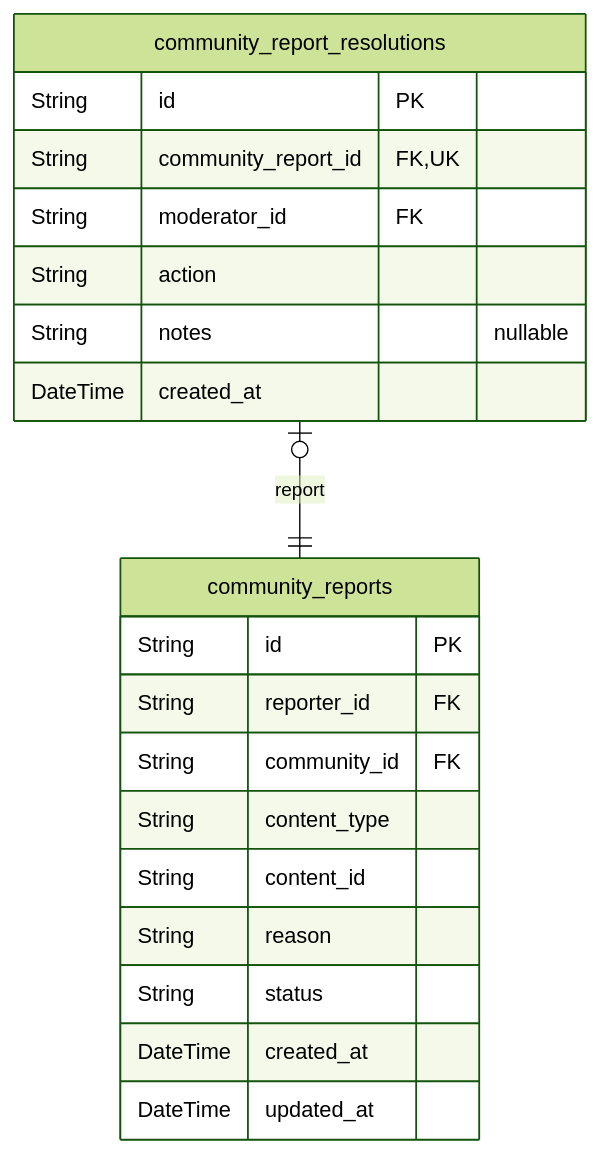
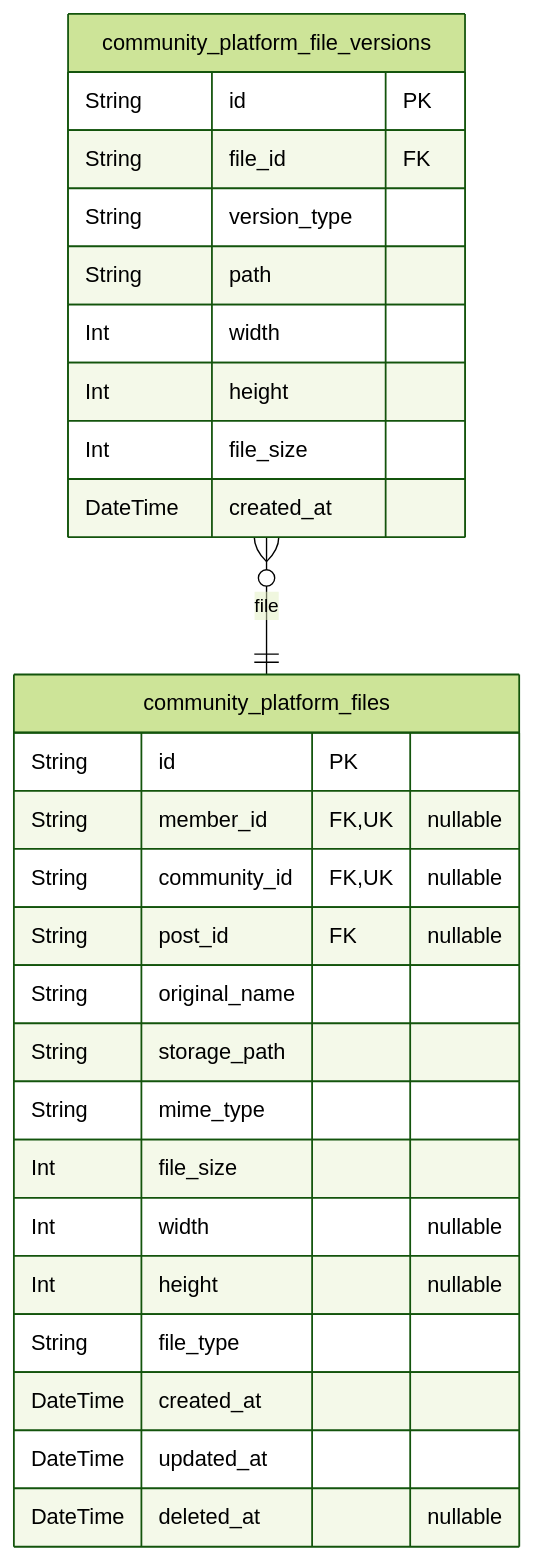
One commit to wrtnlabs/autobe-examples changed the eighth of 8 diagrams in z-ai/glm-5/reddit/docs/ERD.md. Above: the diagram before and after it, drawn with Mermaid (forest theme). The commit also changed other lines of this file and 17098 other files, not shown here.

````diff
--- a/z-ai/glm-5/reddit/docs/ERD.md
+++ b/z-ai/glm-5/reddit/docs/ERD.md
@@ -1254,23 +984,30 @@
 ```mermaid
 erDiagram
-"community_reports" {
+"community_platform_files" {
   String id PK
-  String reporter_id FK
-  String community_id FK
-  String content_type
-  String content_id
-  String reason
-  String status
+  String member_id FK,UK "nullable"
+  String community_id FK,UK "nullable"
+  String post_id FK "nullable"
+  String original_name
+  String storage_path
+  String mime_type
+  Int file_size
+  Int width "nullable"
+  Int height "nullable"
+  String file_type
   DateTime created_at
   DateTime updated_at
+  DateTime deleted_at "nullable"
 }
-"community_report_resolutions" {
+"community_platform_file_versions" {
   String id PK
-  String community_report_id FK,UK
-  String moderator_id FK
-  String action
-  String notes "nullable"
+  String file_id FK
+  String version_type
+  String path
+  Int width
+  Int height
+  Int file_size
   DateTime created_at
 }
-"community_report_resolutions" |o--|| "community_reports" : report
+"community_platform_file_versions" }o--|| "community_platform_files" : file
 ```
````
